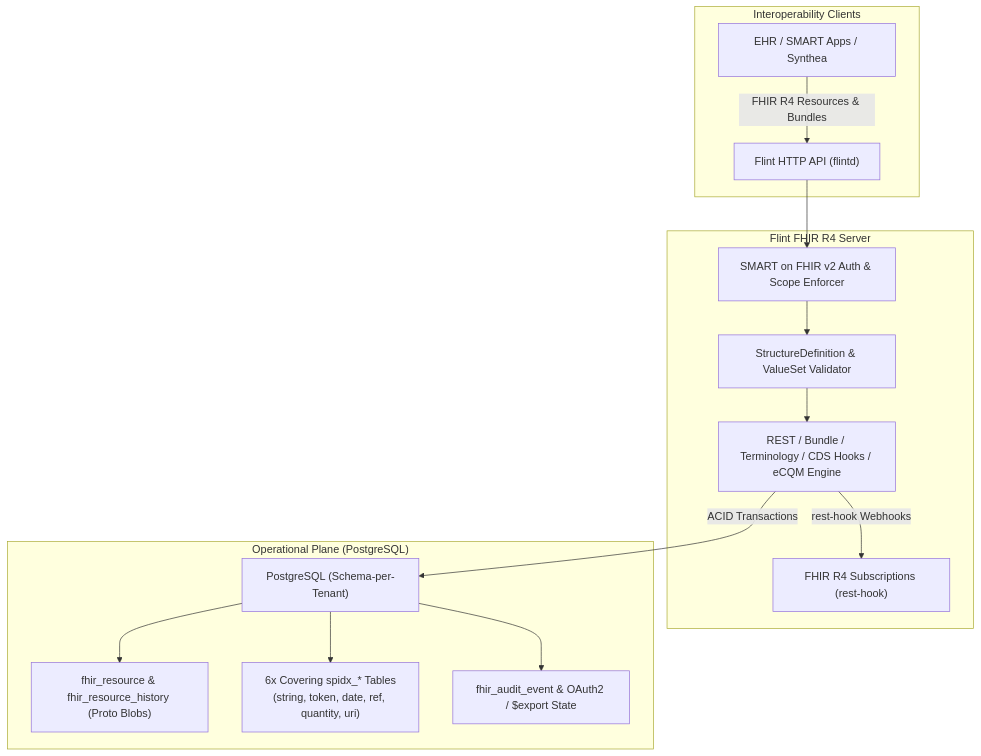
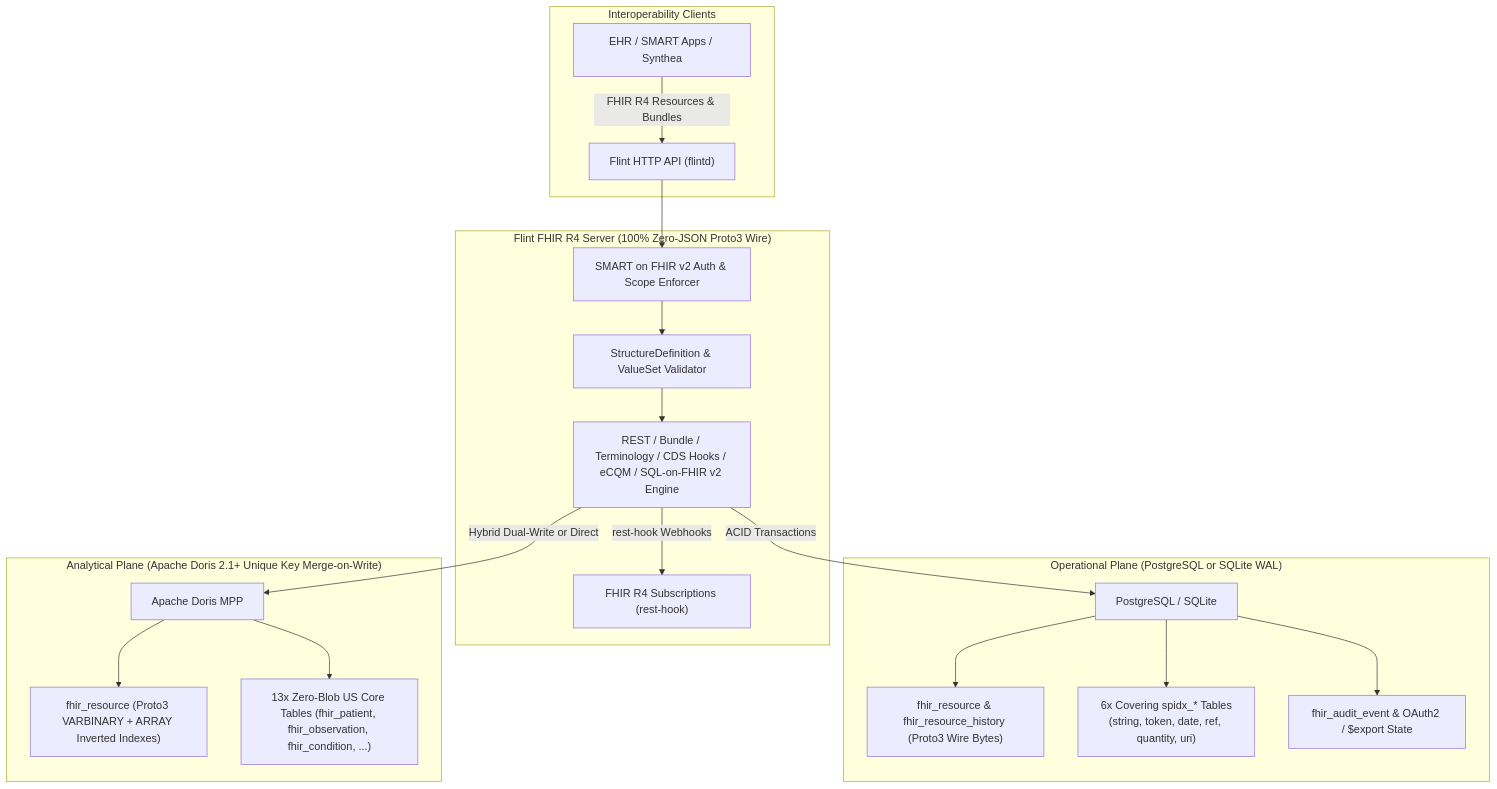
One commit to flint-fhir/flint changed the first of 2 diagrams in README.md. Above: the diagram before and after it, drawn with Mermaid. The commit also changed other lines of this file and 16 other files, not shown here.

Commit message:
feat(sqlonfhir): zero-JSON protoreflect wire evaluation, ViewDefinition/$sql transpiler, Doris batch upserts, and multi-backend loadtest (Wave 68)

````diff
--- a/README.md
+++ b/README.md
@@ -32,20 +34,26 @@
 ```mermaid
 flowchart TD
     subgraph Clients ["Interoperability Clients"]
         EHR["EHR / SMART Apps / Synthea"] -->|FHIR R4 Resources & Bundles| API["Flint HTTP API (flintd)"]
     end
 
-    subgraph Server ["Flint FHIR R4 Server"]
+    subgraph Server ["Flint FHIR R4 Server (100% Zero-JSON Proto3 Wire)"]
         API --> Auth["SMART on FHIR v2 Auth & Scope Enforcer"]
         Auth --> Val["StructureDefinition & ValueSet Validator"]
-        Val --> Engine["REST / Bundle / Terminology / CDS Hooks / eCQM Engine"]
+        Val --> Engine["REST / Bundle / Terminology / CDS Hooks / eCQM / SQL-on-FHIR v2 Engine"]
         Engine -->|rest-hook Webhooks| Sub["FHIR R4 Subscriptions (rest-hook)"]
     end
 
-    subgraph OLTP ["Operational Plane (PostgreSQL)"]
-        Engine -->|ACID Transactions| PG["PostgreSQL (Schema-per-Tenant)"]
-        PG --> RProto["fhir_resource & fhir_resource_history (Proto Blobs)"]
+    subgraph OLTP ["Operational Plane (PostgreSQL or SQLite WAL)"]
+        Engine -->|ACID Transactions| PG["PostgreSQL / SQLite"]
+        PG --> RProto["fhir_resource & fhir_resource_history (Proto3 Wire Bytes)"]
         PG --> Spidx["6x Covering spidx_* Tables\n(string, token, date, ref, quantity, uri)"]
         PG --> Audit["fhir_audit_event & OAuth2 / $export State"]
     end
+
+    subgraph OLAP ["Analytical Plane (Apache Doris 2.1+ Unique Key Merge-on-Write)"]
+        Engine -->|Hybrid Dual-Write or Direct| Doris["Apache Doris MPP"]
+        Doris --> DRes["fhir_resource (Proto3 VARBINARY + ARRAY<VARCHAR> Inverted Indexes)"]
+        Doris --> DCore["13x Zero-Blob US Core Tables (fhir_patient, fhir_observation, fhir_condition, ...)"]
+    end
 ```
````
